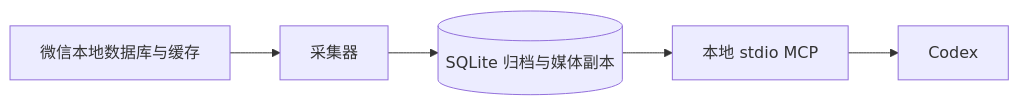
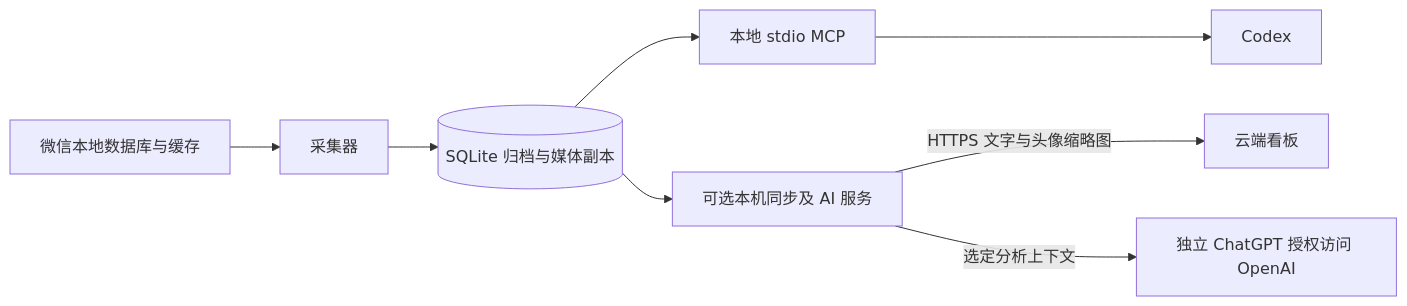
The diagram in README_zh.md (RethinkCraft/WeKeeper), drawn with Mermaid before and after one commit. The commit also changed other lines of this file and 20 other files, not shown here.

````diff
--- a/README_zh.md
+++ b/README_zh.md
@@ -37,7 +41,10 @@
 ```mermaid
 flowchart LR
     W[微信本地数据库与缓存] --> C[采集器]
     C --> A[(SQLite 归档与媒体副本)]
     A --> M[本地 stdio MCP]
     M --> X[Codex]
+    A --> S[可选本机同步及 AI 服务]
+    S -->|HTTPS 文字与头像缩略图| D[云端看板]
+    S -->|选定分析上下文| O[独立 ChatGPT 授权访问 OpenAI]
 ```
````
